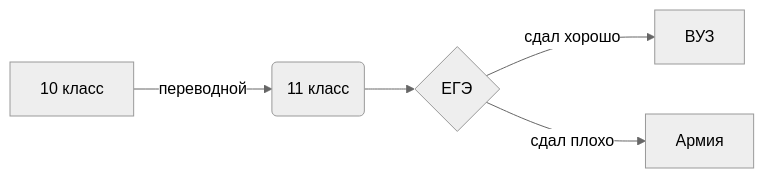
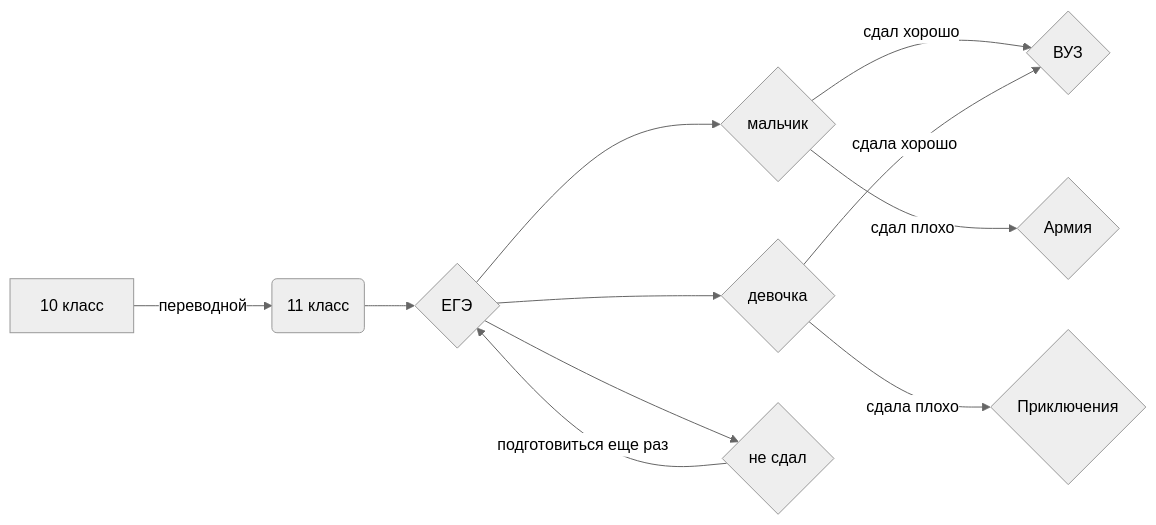
Before and after one commit to pnzhnp/Genoyyy: the diagram in README.md, drawn with Mermaid (neutral theme).

````diff
--- a/README.md
+++ b/README.md
@@ -35,7 +35,13 @@
 ```mermaid
 flowchart LR
 A[10 класс] -->|переводной| B(11 класс)
 B --> C{ЕГЭ}
-C -->|сдал хорошо| D[ВУЗ]
-C -->|сдал плохо| E[Армия]
+C --> D{мальчик}
+C --> E{девочка}
+C --> F{не сдал}
+D -->|сдал хорошо| G{ВУЗ}
+D --> |сдал плохо|H{Армия}
+E --> |сдала хорошо|G{ВУЗ}
+E --> |сдала плохо|I{Приключения}
+F -->|подготовиться еще раз|C{ЕГЭ}
 ```
````
